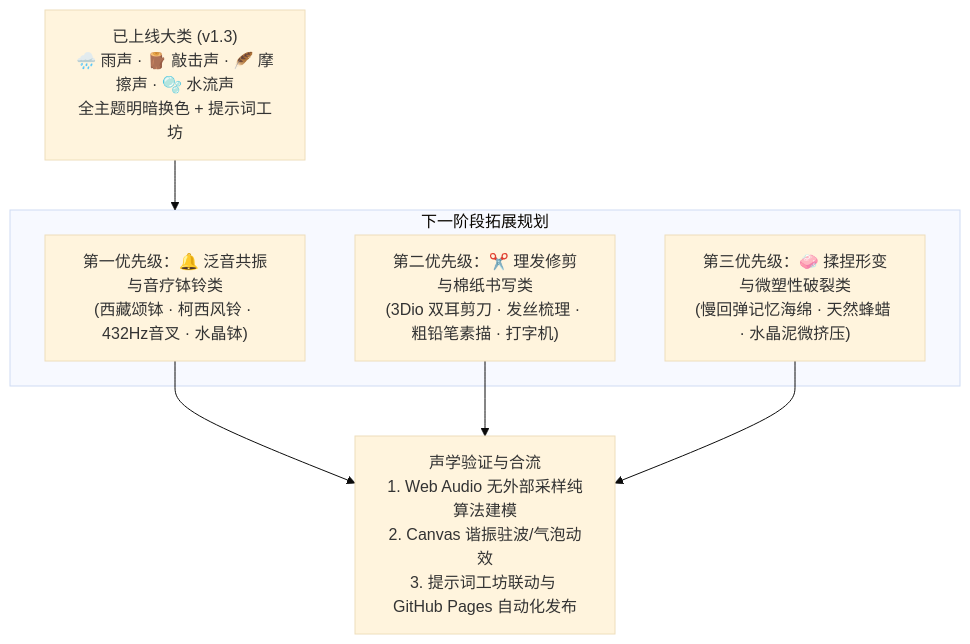
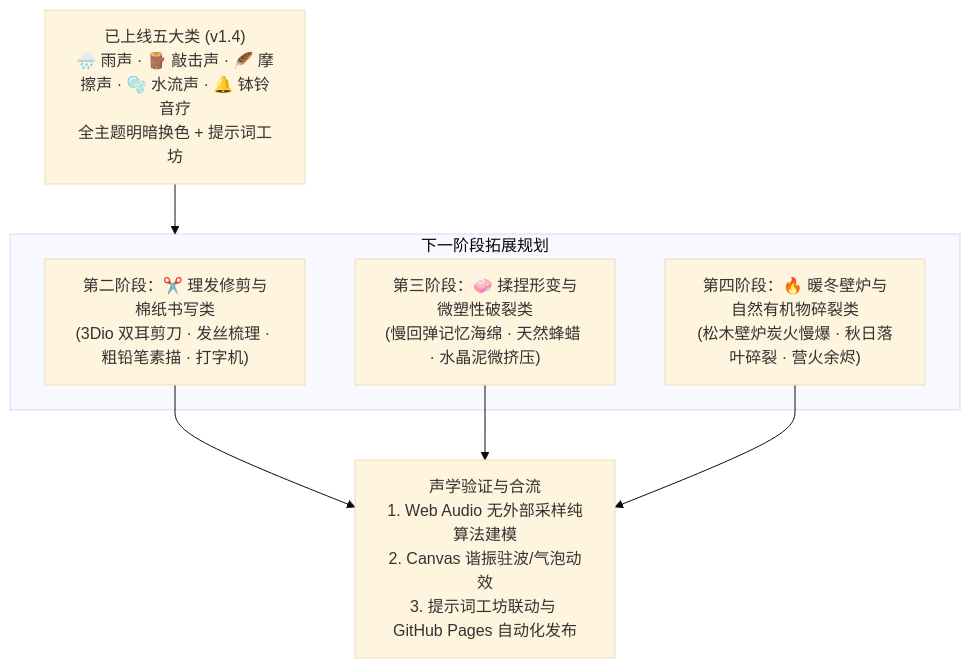
Before and after one commit to single5240/single5240.github.io: the diagram in docs/ai-asmr-expansion-plan.md, drawn with Mermaid (base theme). The commit also changed other lines of this file and 2 other files, not shown here.

Commit message:
feat(asmr): 新增能量泛音与音疗钵铃大类及双耳慢波共鸣合成器

````diff
--- a/docs/ai-asmr-expansion-plan.md
+++ b/docs/ai-asmr-expansion-plan.md
@@ -113,14 +114,14 @@
 ```mermaid
 flowchart TD
-    Current["已上线大类 (v1.3)<br>🌧️ 雨声 · 🪵 敲击声 · 🪶 摩擦声 · 🫧 水流声<br>全主题明暗换色 + 提示词工坊"] --> NextPhase
+    Current["已上线五大类 (v1.4)<br>🌧️ 雨声 · 🪵 敲击声 · 🪶 摩擦声 · 🫧 水流声 · 🔔 钵铃音疗<br>全主题明暗换色 + 提示词工坊"] --> NextPhase
     
     subgraph NextPhase["下一阶段拓展规划"]
-        P1["第一优先级：🔔 泛音共振与音疗钵铃类<br>(西藏颂钵 · 柯西风铃 · 432Hz音叉 · 水晶钵)"]
-        P3["第二优先级：✂️ 理发修剪与棉纸书写类<br>(3Dio 双耳剪刀 · 发丝梳理 · 粗铅笔素描 · 打字机)"]
-        P4["第三优先级：🧼 揉捏形变与微塑性破裂类<br>(慢回弹记忆海绵 · 天然蜂蜡 · 水晶泥微挤压)"]
+        P3["第二阶段：✂️ 理发修剪与棉纸书写类<br>(3Dio 双耳剪刀 · 发丝梳理 · 粗铅笔素描 · 打字机)"]
+        P4["第三阶段：🧼 揉捏形变与微塑性破裂类<br>(慢回弹记忆海绵 · 天然蜂蜡 · 水晶泥微挤压)"]
+        P5["第四阶段：🔥 暖冬壁炉与自然有机物碎裂类<br>(松木壁炉炭火慢爆 · 秋日落叶碎裂 · 营火余烬)"]
     end
     
-    P1 --> Verification["声学验证与合流<br>1. Web Audio 无外部采样纯算法建模<br>2. Canvas 谐振驻波/气泡动效<br>3. 提示词工坊联动与 GitHub Pages 自动化发布"]
-    P3 --> Verification
+    P3 --> Verification["声学验证与合流<br>1. Web Audio 无外部采样纯算法建模<br>2. Canvas 谐振驻波/气泡动效<br>3. 提示词工坊联动与 GitHub Pages 自动化发布"]
     P4 --> Verification
+    P5 --> Verification
 ```
````
